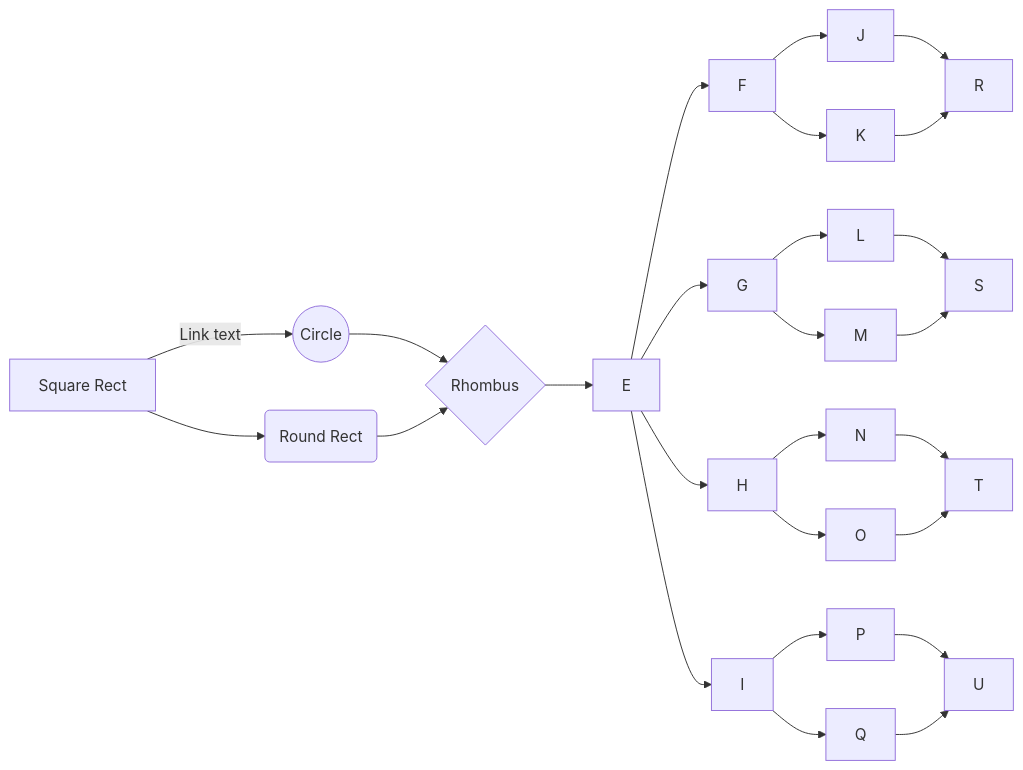
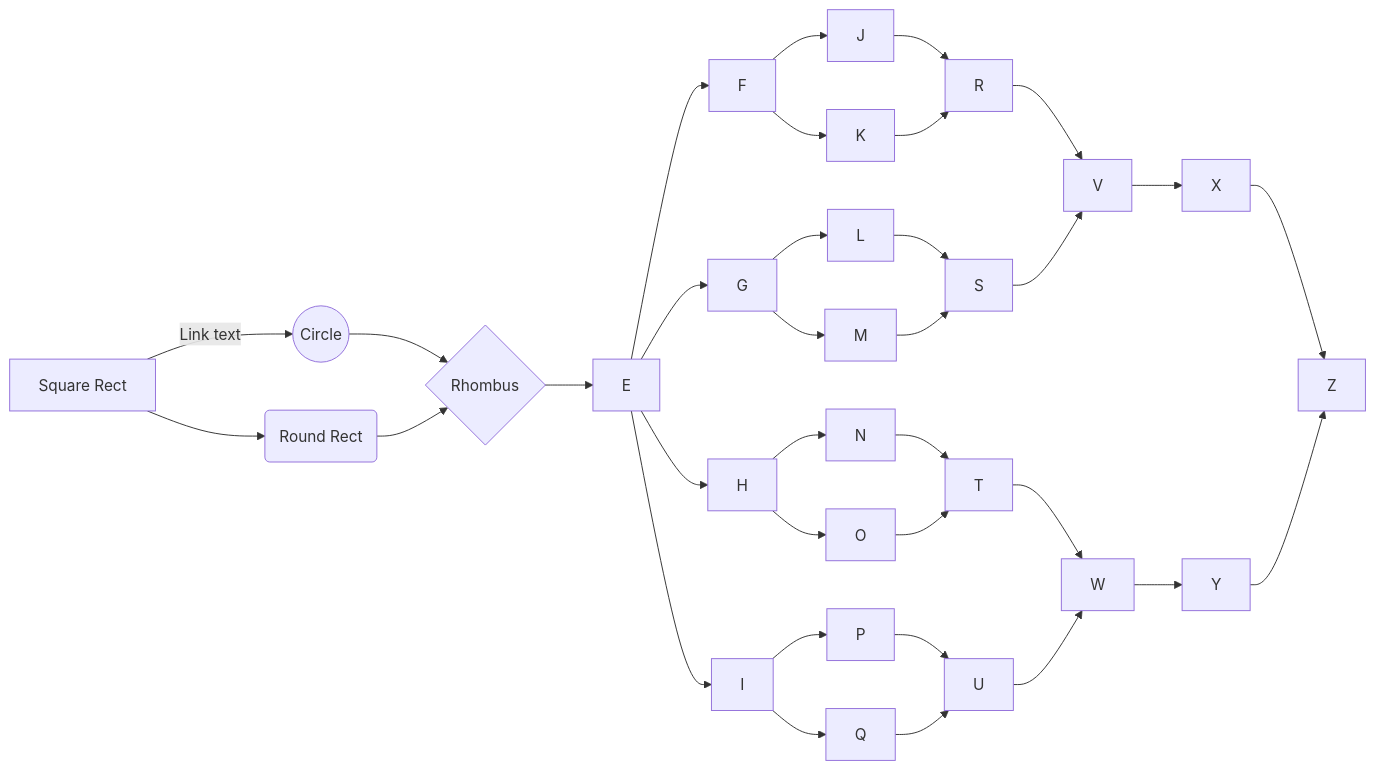
One commit to wesleyscholl/mermaid-test changed the diagram in README.md. Above: the diagram before and after it, drawn with Mermaid.

````diff
--- a/README.md
+++ b/README.md
@@ -3,28 +3,36 @@
 ```mermaid
 graph LR
     A[Square Rect] -- Link text --> B((Circle))
     A --> C(Round Rect)
     B --> D{Rhombus}
     C --> D
     D --> E
     E --> F
     E --> G
     E --> H
     E --> I
     F --> J
     F --> K
     G --> L
     G --> M
     H --> N
     H --> O
     I --> P
     I --> Q
     J --> R
     K --> R
     L --> S
     M --> S
     N --> T
     O --> T
     P --> U
     Q --> U
+    R --> V
+    S --> V
+    T --> W
+    U --> W
+    V --> X
+    W --> Y
+    X --> Z
+    Y --> Z
 ```
````
